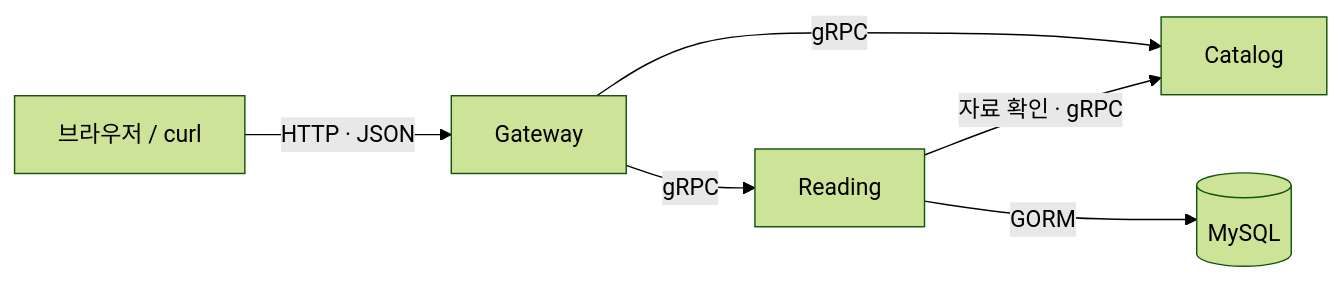
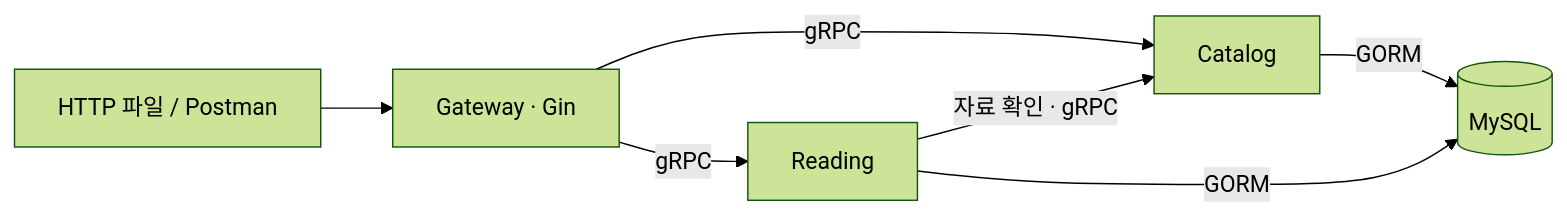
The diagram in go-practice/docs/01-spring-to-go.md (LeeJejune/go-school), drawn with Mermaid (forest theme) before and after one commit. The commit also changed other lines of this file and 9 other files, not shown here.

````diff
--- a/go-practice/docs/01-spring-to-go.md
+++ b/go-practice/docs/01-spring-to-go.md
@@ -27,8 +15,9 @@
 ```mermaid
 flowchart LR
-    U["브라우저 / curl"] -->|"HTTP · JSON"| G["Gateway"]
-    G -->|"gRPC"| C["Catalog"]
-    G -->|"gRPC"| R["Reading"]
-    R -->|"자료 확인 · gRPC"| C
-    R -->|"GORM"| D[("MySQL")]
+    U["HTTP 파일 / Postman"] --> G["Gateway · Gin"]
+    G -->|gRPC| C["Catalog"]
+    G -->|gRPC| R["Reading"]
+    R -->|자료 확인 · gRPC| C
+    C -->|GORM| D[(MySQL)]
+    R -->|GORM| D
 ```
````
